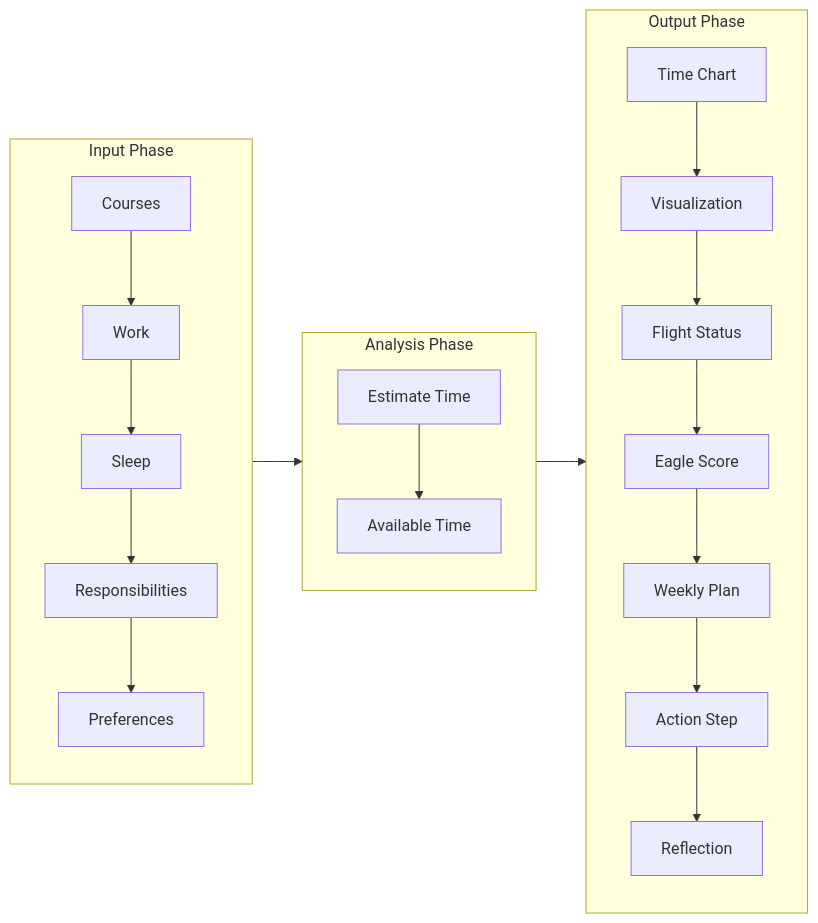
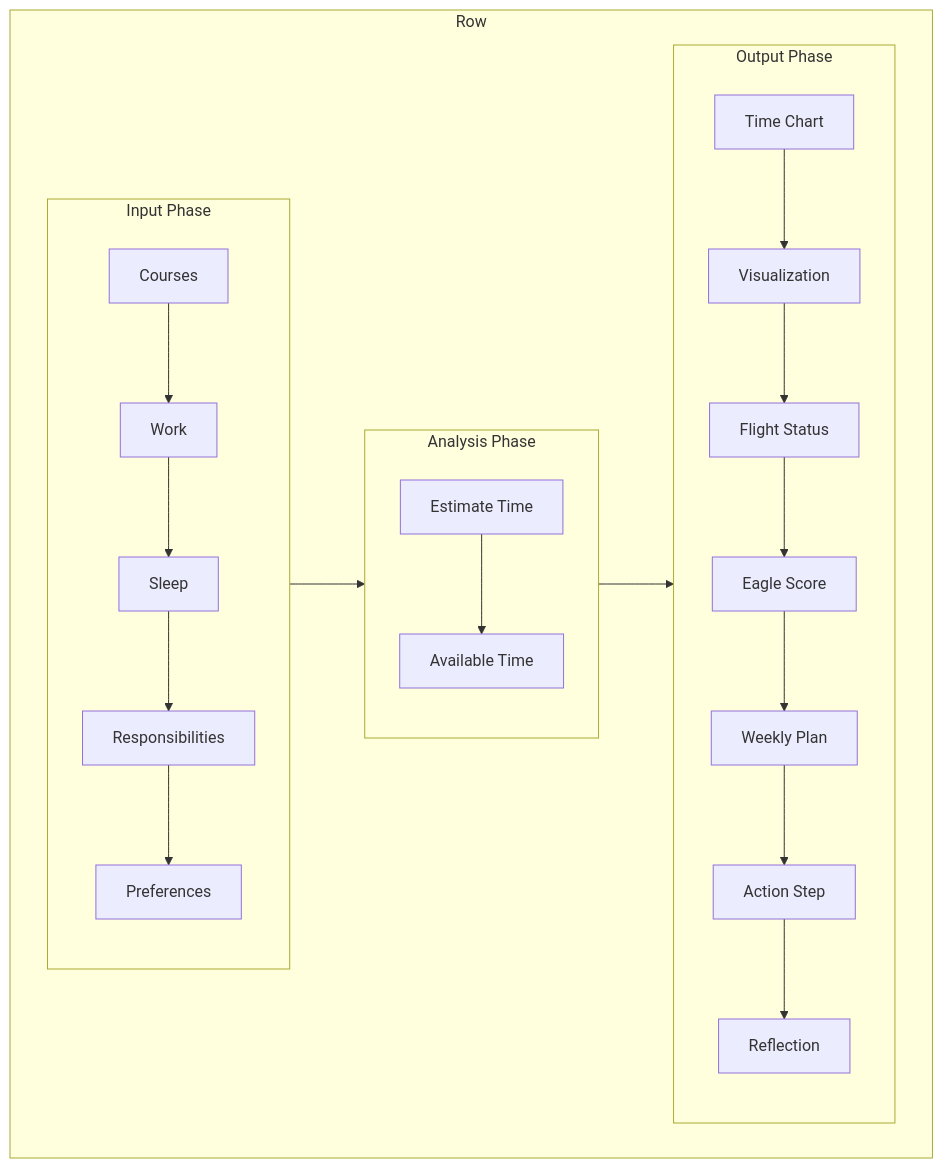
The diagram in agents/Eagle Flight Plan/README.md (jalee9/Teaching-with-AI), drawn with Mermaid before and after one commit.

Commit message:
Refactor flowchart in README for Eagle Flight Plan
Updated the flowchart structure in the README to improve clarity and organization.

````diff
--- a/agents/Eagle Flight Plan/README.md
+++ b/agents/Eagle Flight Plan/README.md
@@ -47,46 +47,48 @@
 ```mermaid
-flowchart LR
+flowchart TB
 
-subgraph Input Phase
+subgraph Row
+direction LR
+
+    subgraph Input Phase
     direction TD
-    A[Courses]
-    B[Work]
-    C[Sleep]
-    D[Responsibilities]
-    E[Preferences]
+        A[Courses]
+        B[Work]
+        C[Sleep]
+        D[Responsibilities]
+        E[Preferences]
+        A --> B
+        B --> C
+        C --> D
+        D --> E
+    end
 
-    A --> B
-    B --> C
-    C --> D
-    D --> E
-end
+    subgraph Analysis Phase
+    direction TD
+        F[Estimate Time]
+        G[Available Time]
+        F --> G
+    end
 
-subgraph Analysis Phase
+    subgraph Output Phase
     direction TD
-    F[Estimate Time]
-    G[Available Time]
+        H[Time Chart]
+        I[Visualization]
+        J[Flight Status]
+        K[Eagle Score]
+        L[Weekly Plan]
+        M[Action Step]
+        N[Reflection]
+        H --> I
+        I --> J
+        J --> K
+        K --> L
+        L --> M
+        M --> N
+    end
 
-    F --> G
-end
-
-subgraph Output Phase
-    direction TD
-    H[Time Chart]
-    I[Visualization]
-    J[Flight Status]
-    K[Eagle Score]
-    L[Weekly Plan]
-    M[Action Step]
-    N[Reflection]
-
-    H --> I
-    I --> J
-    J --> K
-    K --> L
-    L --> M
-    M --> N
 end
 
 E --> F
 G --> H
 ```
````
